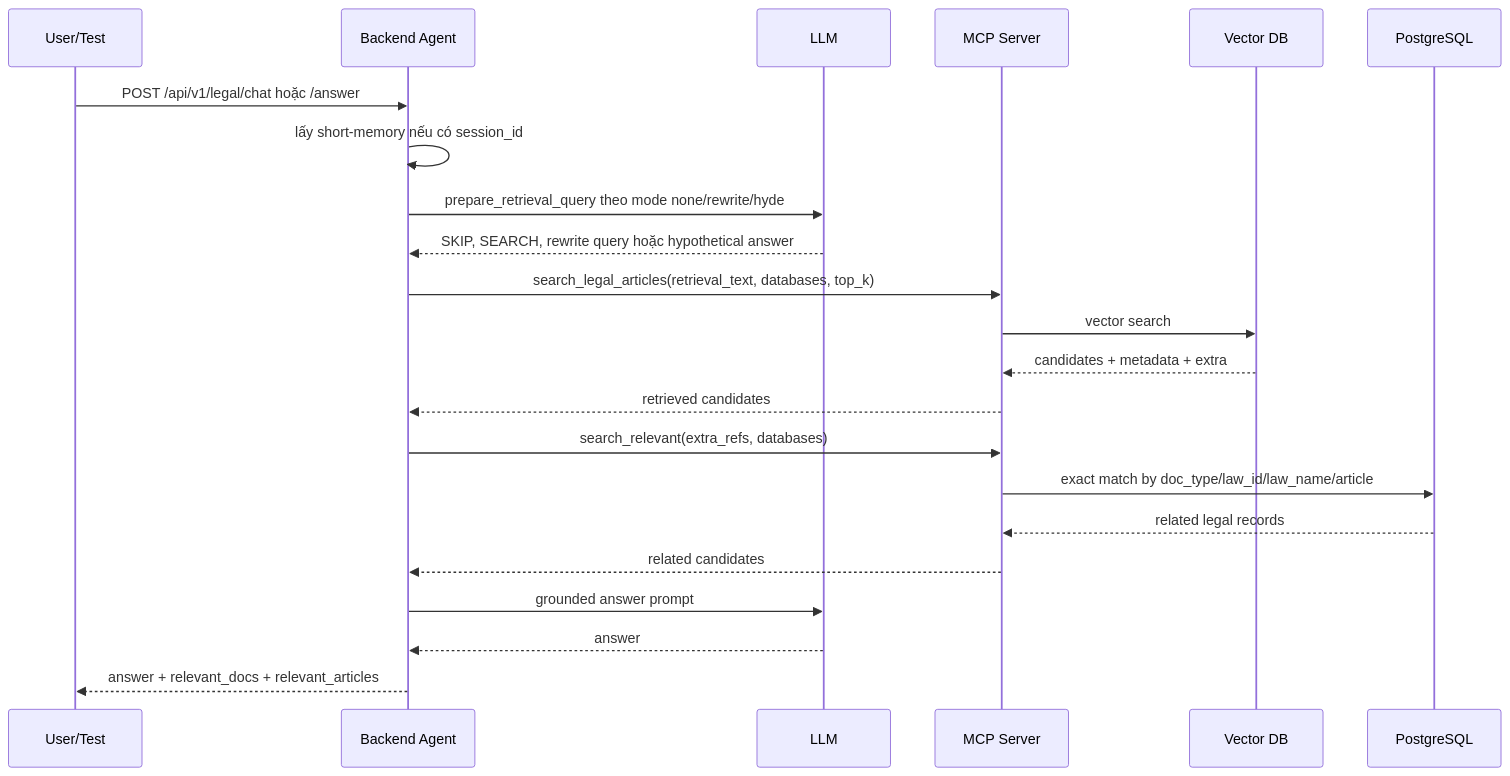
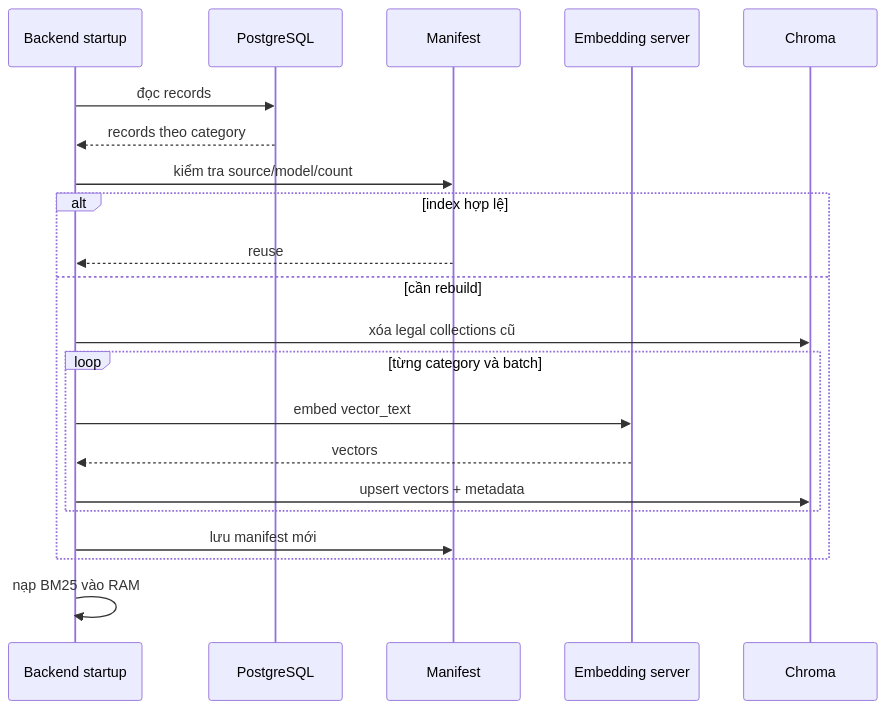
One commit to lmhtung/legal-assistant-agent changed the second of 3 diagrams in backend/docs/REPORT.md. Above: the diagram before and after it, drawn with Mermaid. The commit also changed other lines of this file and 57 other files, not shown here.

````diff
--- a/backend/docs/REPORT.md
+++ b/backend/docs/REPORT.md
@@ -113,27 +63,24 @@
 ```mermaid
 sequenceDiagram
-    participant U as User/Test
-    participant B as Backend Agent
-    participant L as LLM
-    participant M as MCP Server
-    participant V as Vector DB
+    participant B as Backend startup
     participant P as PostgreSQL
+    participant M as Manifest
+    participant E as Embedding server
+    participant C as Chroma
 
-    U->>B: POST /api/v1/legal/chat hoặc /answer
-    B->>B: lấy short-memory nếu có session_id
-    B->>L: prepare_retrieval_query theo mode none/rewrite/hyde
-    L-->>B: SKIP, SEARCH, rewrite query hoặc hypothetical answer
-    B->>M: search_legal_articles(retrieval_text, databases, top_k)
-    M->>V: vector search
-    V-->>M: candidates + metadata + extra
-    M-->>B: retrieved candidates
-
-    B->>M: search_relevant(extra_refs, databases)
-    M->>P: exact match by doc_type/law_id/law_name/article
-    P-->>M: related legal records
-    M-->>B: related candidates
-
-    B->>L: grounded answer prompt
-    L-->>B: answer
-    B-->>U: answer + relevant_docs + relevant_articles
+    B->>P: đọc records
+    P-->>B: records theo category
+    B->>M: kiểm tra source/model/count
+    alt index hợp lệ
+        M-->>B: reuse
+    else cần rebuild
+        B->>C: xóa legal collections cũ
+        loop từng category và batch
+            B->>E: embed vector_text
+            E-->>B: vectors
+            B->>C: upsert vectors + metadata
+        end
+        B->>M: lưu manifest mới
+    end
+    B->>B: nạp BM25 vào RAM
 ```
````
